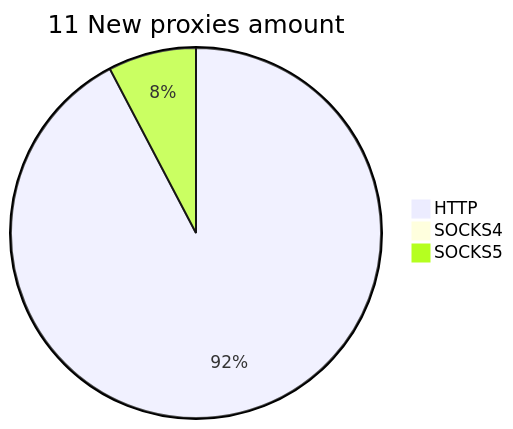
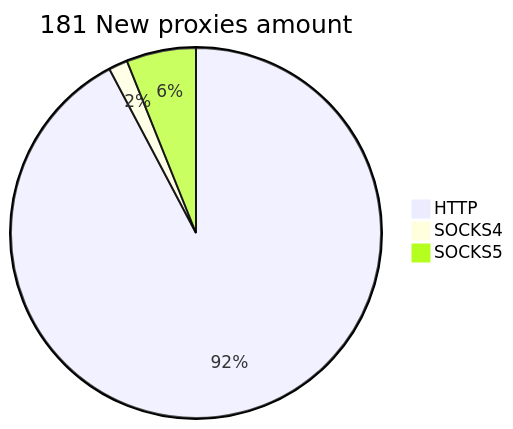
Before and after one commit to cutipu/proxylist: the second of 2 diagrams in README.md, drawn with Mermaid. The commit also changed other lines of this file, not shown here.

````diff
--- a/README.md
+++ b/README.md
@@ -10,6 +10,6 @@
 ```mermaid
-pie title 11 New proxies amount
-    "HTTP" : 12
-    "SOCKS4" : 0
-    "SOCKS5" : 1
+pie title 181 New proxies amount
+    "HTTP" : 167
+    "SOCKS4" : 3
+    "SOCKS5" : 11
 ```
````
